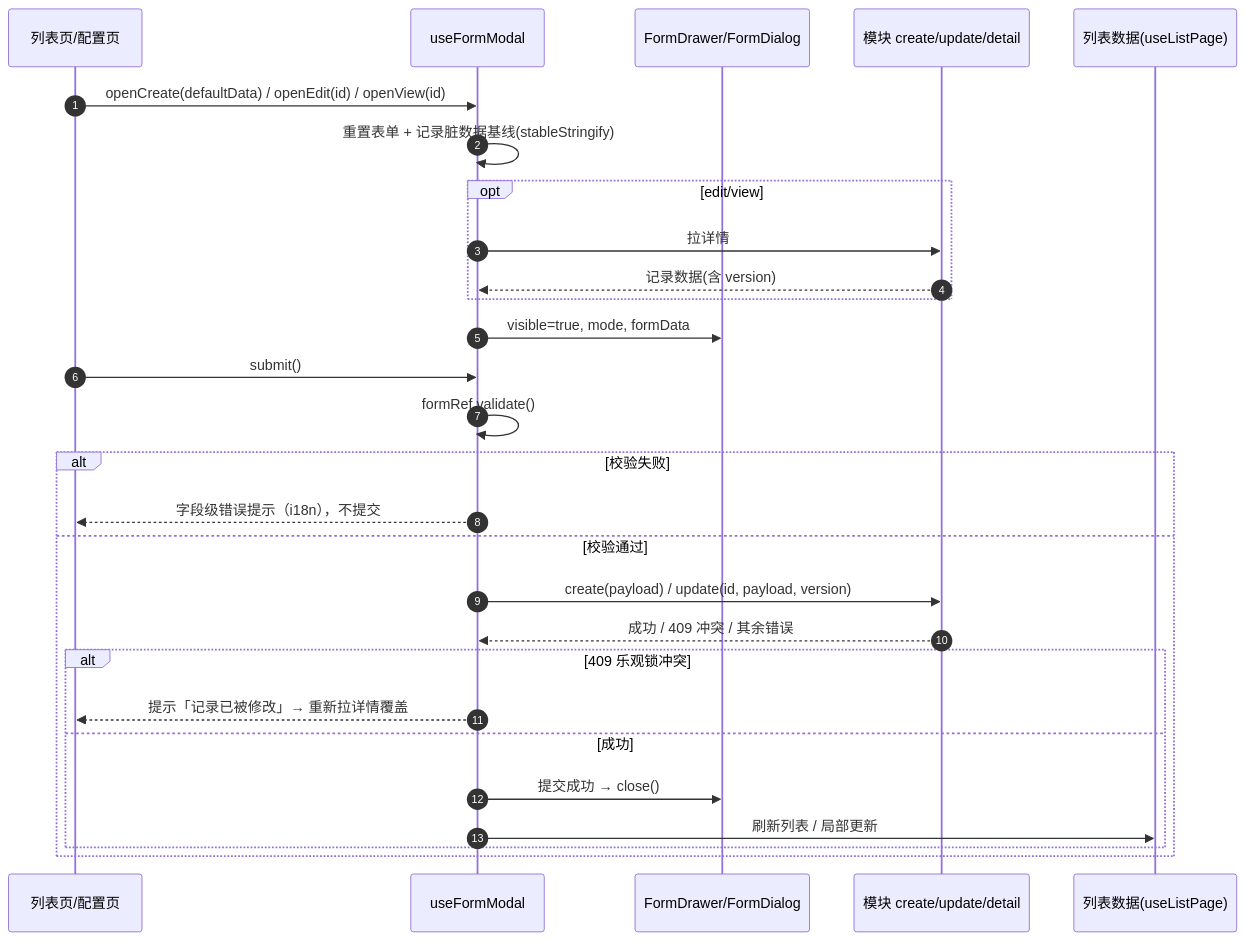
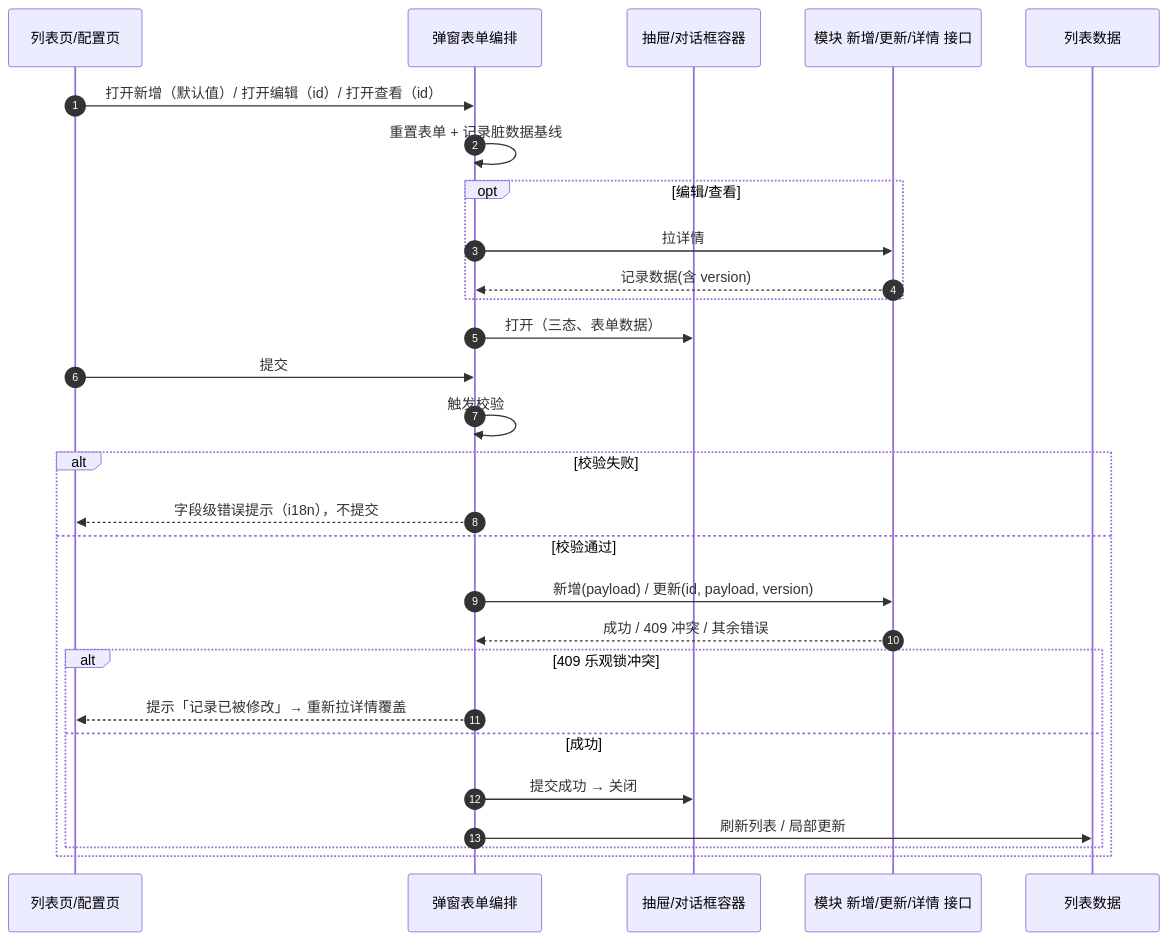
The first of 2 diagrams in bms文档/设计/组件设计/04_容器组件类/01_组件设计_弹窗抽屉表单/01_组件设计_弹窗抽屉表单.md (minjian123/basic-management-system), drawn with Mermaid before and after one commit. The commit also changed other lines of this file and 238 other files, not shown here.

````diff
--- a/bms文档/设计/组件设计/04_容器组件类/01_组件设计_弹窗抽屉表单/01_组件设计_弹窗抽屉表单.md
+++ b/bms文档/设计/组件设计/04_容器组件类/01_组件设计_弹窗抽屉表单/01_组件设计_弹窗抽屉表单.md
@@ -125,31 +116,31 @@
 ```mermaid
 sequenceDiagram
     autonumber
     participant 页面 as 列表页/配置页
-    participant hook as useFormModal
-    participant 容器 as FormDrawer/FormDialog
-    participant 接口 as 模块 create/update/detail
-    participant 列表 as 列表数据(useListPage)
+    participant 编排 as 弹窗表单编排
+    participant 容器 as 抽屉/对话框容器
+    participant 接口 as 模块 新增/更新/详情 接口
+    participant 列表 as 列表数据
 
-    页面->>hook: openCreate(defaultData) / openEdit(id) / openView(id)
-    hook->>hook: 重置表单 + 记录脏数据基线(stableStringify)
-    opt edit/view
-        hook->>接口: 拉详情
-        接口-->>hook: 记录数据(含 version)
+    页面->>编排: 打开新增（默认值）/ 打开编辑（id）/ 打开查看（id）
+    编排->>编排: 重置表单 + 记录脏数据基线
+    opt 编辑/查看
+        编排->>接口: 拉详情
+        接口-->>编排: 记录数据(含 version)
     end
-    hook->>容器: visible=true, mode, formData
-    页面->>hook: submit()
-    hook->>hook: formRef.validate()
+    编排->>容器: 打开（三态、表单数据）
+    页面->>编排: 提交
+    编排->>编排: 触发校验
     alt 校验失败
-        hook-->>页面: 字段级错误提示（i18n），不提交
+        编排-->>页面: 字段级错误提示（i18n），不提交
     else 校验通过
-        hook->>接口: create(payload) / update(id, payload, version)
-        接口-->>hook: 成功 / 409 冲突 / 其余错误
+        编排->>接口: 新增(payload) / 更新(id, payload, version)
+        接口-->>编排: 成功 / 409 冲突 / 其余错误
         alt 409 乐观锁冲突
-            hook-->>页面: 提示「记录已被修改」→ 重新拉详情覆盖
+            编排-->>页面: 提示「记录已被修改」→ 重新拉详情覆盖
         else 成功
-            hook->>容器: 提交成功 → close()
-            hook->>列表: 刷新列表 / 局部更新
+            编排->>容器: 提交成功 → 关闭
+            编排->>列表: 刷新列表 / 局部更新
         end
     end
 ```
````
